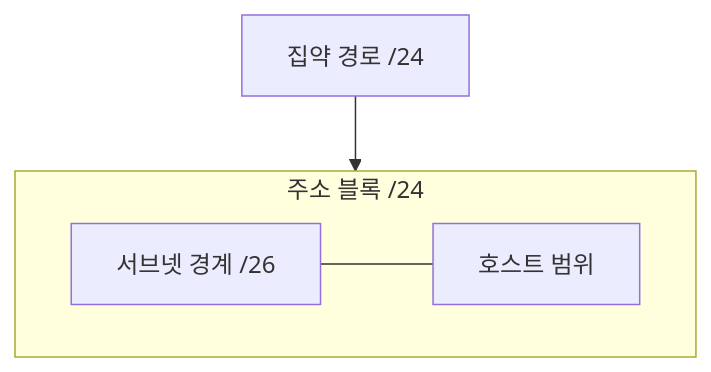
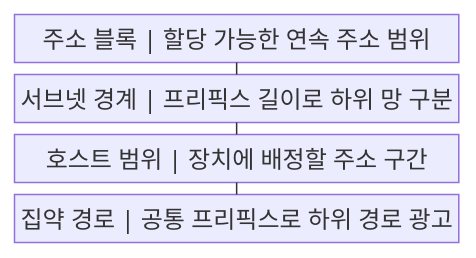
The first of 2 diagrams in src/content/docs/notes/04-network/005_subnetting_cidr.md (agnusdei1207/knowledge-base), drawn with Mermaid before and after one commit. The commit also changed other lines of this file and 20 other files, not shown here.

````diff
--- a/src/content/docs/notes/04-network/005_subnetting_cidr.md
+++ b/src/content/docs/notes/04-network/005_subnetting_cidr.md
@@ -55,8 +55,11 @@
 ```mermaid
-flowchart TB
-    R["집약 경로 /24"]
-    subgraph B["주소 블록 /24"]
-        N["서브넷 경계 /26"] --- H["호스트 범위"]
-    end
-    R --> B
+block
+    columns 1
+    A["주소 블록 | 할당 가능한 연속 주소 범위"]
+    B["서브넷 경계 | 프리픽스 길이로 하위 망 구분"]
+    C["호스트 범위 | 장치에 배정할 주소 구간"]
+    D["집약 경로 | 공통 프리픽스로 하위 경로 광고"]
+    A --- B
+    B --- C
+    C --- D
 ```
````
